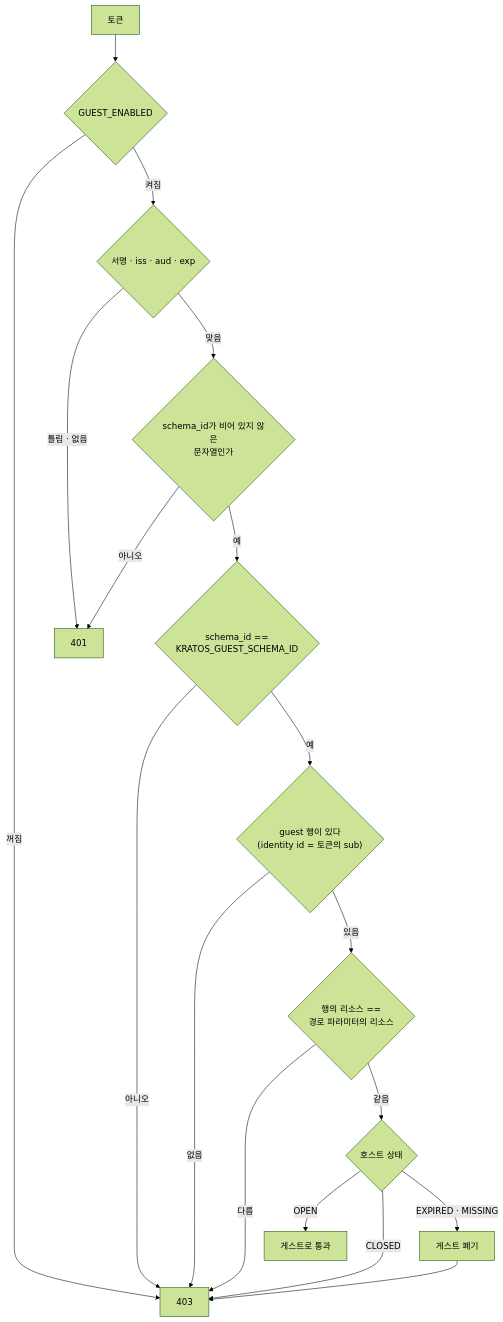
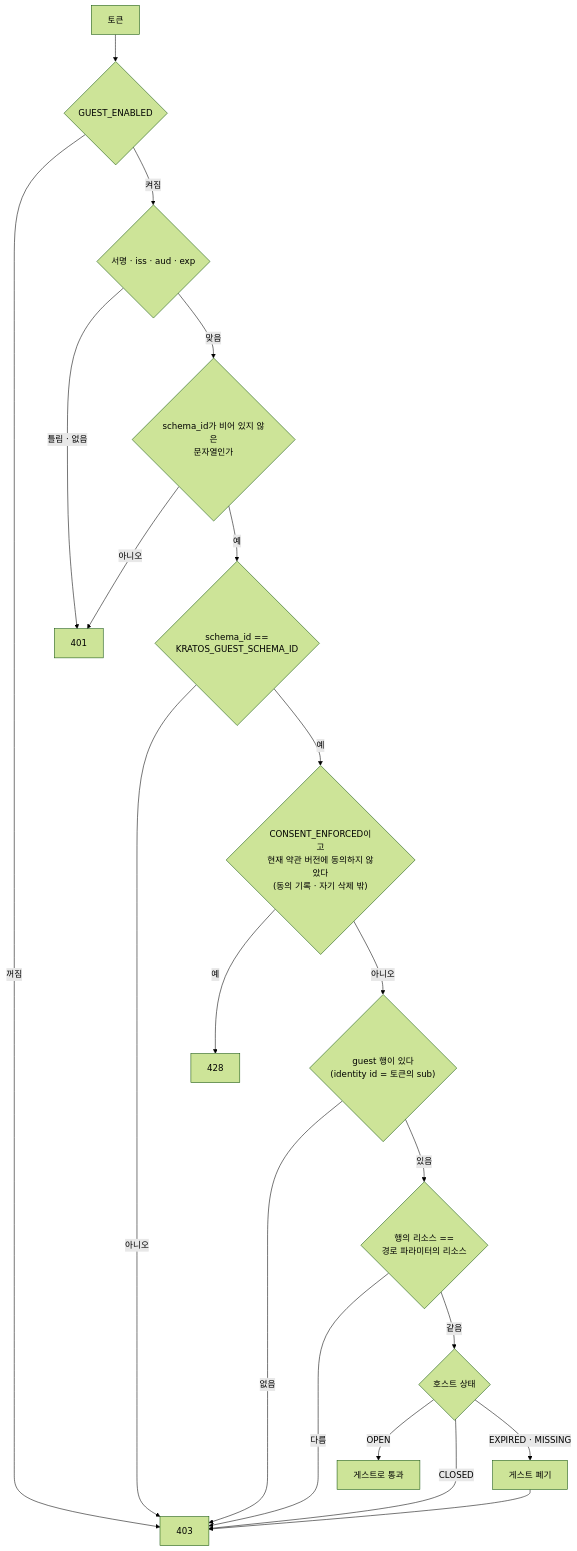
The eighth of 10 diagrams in docs/guides/guest.ko.md (onprem-hipster-timer/backend), drawn with Mermaid (forest theme) before and after one commit. The commit also changed other lines of this file and 4 other files, not shown here.

````diff
--- a/docs/guides/guest.ko.md
+++ b/docs/guides/guest.ko.md
@@ -360,19 +372,21 @@
 ```mermaid
 flowchart TD
     A["토큰"] --> B{"GUEST_ENABLED"}
     B -->|"꺼짐"| X403["403"]
     B -->|"켜짐"| C{"서명 · iss · aud · exp"}
     C -->|"틀림 · 없음"| C401["401"]
     C -->|"맞음"| S{"schema_id가 비어 있지 않은<br/>문자열인가"}
     S -->|"아니오"| C401
     S -->|"예"| D{"schema_id ==<br/>KRATOS_GUEST_SCHEMA_ID"}
     D -->|"아니오"| X403
-    D -->|"예"| E{"guest 행이 있다<br/>(identity id = 토큰의 sub)"}
+    D -->|"예"| CN{"CONSENT_ENFORCED이고<br/>현재 약관 버전에 동의하지 않았다<br/>(동의 기록 · 자기 삭제 밖)"}
+    CN -->|"예"| X428["428"]
+    CN -->|"아니오"| E{"guest 행이 있다<br/>(identity id = 토큰의 sub)"}
     E -->|"없음"| X403
     E -->|"있음"| F{"행의 리소스 ==<br/>경로 파라미터의 리소스"}
     F -->|"다름"| X403
     F -->|"같음"| G{"호스트 상태"}
     G -->|"OPEN"| OK["게스트로 통과"]
     G -->|"CLOSED"| X403
     G -->|"EXPIRED · MISSING"| H["게스트 폐기"] --> X403
 ```
````
